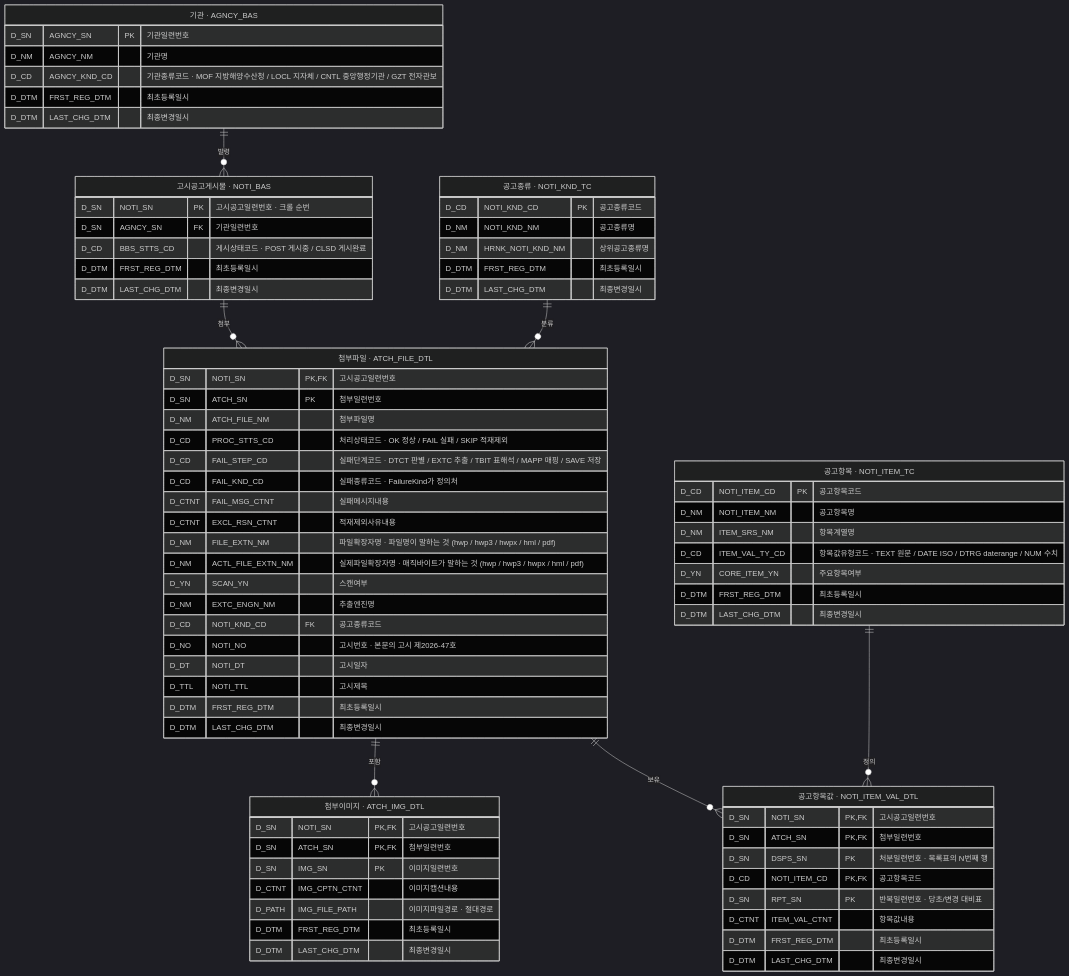
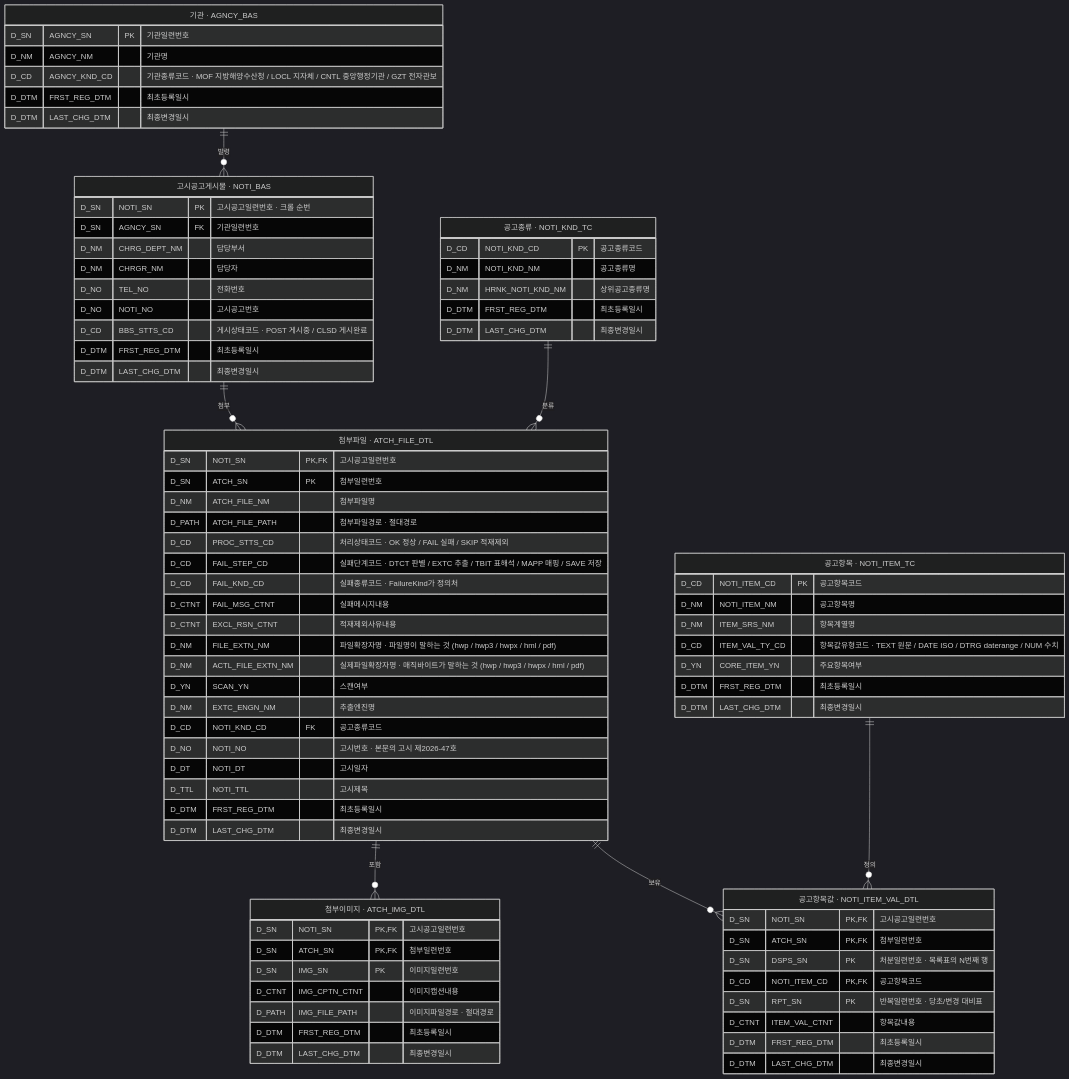
Before and after one commit to Team-All4Land/All4Land_java-pipeline: the diagram in README.md, drawn with Mermaid (dark theme).

Commit message:
docs: extend PostgreSQL schema in README

```diff
--- a/README.md
+++ b/README.md
@@ -299,16 +299,21 @@
         D_DTM  LAST_CHG_DTM    "최종변경일시"
     }
     NOTI_BAS["고시공고게시물 · NOTI_BAS"] {
-        D_SN   NOTI_SN      PK "고시공고일련번호 · 크롤 순번"
-        D_SN   AGNCY_SN     FK "기관일련번호"
-        D_CD   BBS_STTS_CD     "게시상태코드 · POST 게시중 / CLSD 게시완료"
-        D_DTM  FRST_REG_DTM    "최초등록일시"
-        D_DTM  LAST_CHG_DTM    "최종변경일시"
+        D_SN   NOTI_SN       PK "고시공고일련번호 · 크롤 순번"
+        D_SN   AGNCY_SN      FK "기관일련번호"
+        D_NM   CHRG_DEPT_NM     "담당부서"
+        D_NM   CHRGR_NM          "담당자"
+        D_NO   TEL_NO            "전화번호"
+        D_NO   NOTI_NO           "고시공고번호"
+        D_CD   BBS_STTS_CD       "게시상태코드 · POST 게시중 / CLSD 게시완료"
+        D_DTM  FRST_REG_DTM      "최초등록일시"
+        D_DTM  LAST_CHG_DTM      "최종변경일시"
     }
     ATCH_FILE_DTL["첨부파일 · ATCH_FILE_DTL"] {
         D_SN   NOTI_SN            PK,FK "고시공고일련번호"
         D_SN   ATCH_SN            PK    "첨부일련번호"
         D_NM   ATCH_FILE_NM             "첨부파일명"
+        D_PATH ATCH_FILE_PATH           "첨부파일경로 · 절대경로"
         D_CD   PROC_STTS_CD             "처리상태코드 · OK 정상 / FAIL 실패 / SKIP 적재제외"
         D_CD   FAIL_STEP_CD             "실패단계코드 · DTCT 판별 / EXTC 추출 / TBIT 표해석 / MAPP 매핑 / SAVE 저장"
         D_CD   FAIL_KND_CD              "실패종류코드 · FailureKind가 정의처"
```
